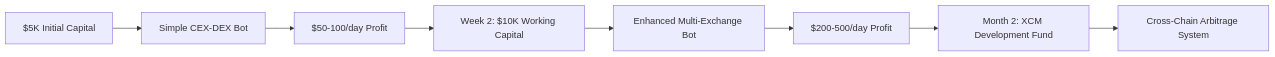
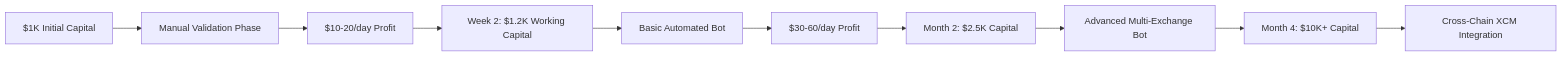
One commit to michaeloboyle/brainstorm-collaboration changed the seventh of 20 diagrams in ideas/polkadot-arbitrage-system.md. Above: the diagram before and after it, drawn with Mermaid. The commit also changed other lines of this file, not shown here.

First line of the commit message:
Complete documentation update with K bootstrap and comprehensive Mermaid diagrams

````diff
--- a/ideas/polkadot-arbitrage-system.md
+++ b/ideas/polkadot-arbitrage-system.md
@@ -352,10 +352,12 @@
 ```mermaid
 graph LR
-    A[$5K Initial Capital] --> B[Simple CEX-DEX Bot]
-    B --> C[$50-100/day Profit]
-    C --> D[Week 2: $10K Working Capital]
-    D --> E[Enhanced Multi-Exchange Bot]
-    E --> F[$200-500/day Profit]
-    F --> G[Month 2: XCM Development Fund]
-    G --> H[Cross-Chain Arbitrage System]
+    A[$1K Initial Capital] --> B[Manual Validation Phase]
+    B --> C[$10-20/day Profit]
+    C --> D[Week 2: $1.2K Working Capital]
+    D --> E[Basic Automated Bot]
+    E --> F[$30-60/day Profit]
+    F --> G[Month 2: $2.5K Capital]
+    G --> H[Advanced Multi-Exchange Bot]
+    H --> I[Month 4: $10K+ Capital]
+    I --> J[Cross-Chain XCM Integration]
 ```
````
